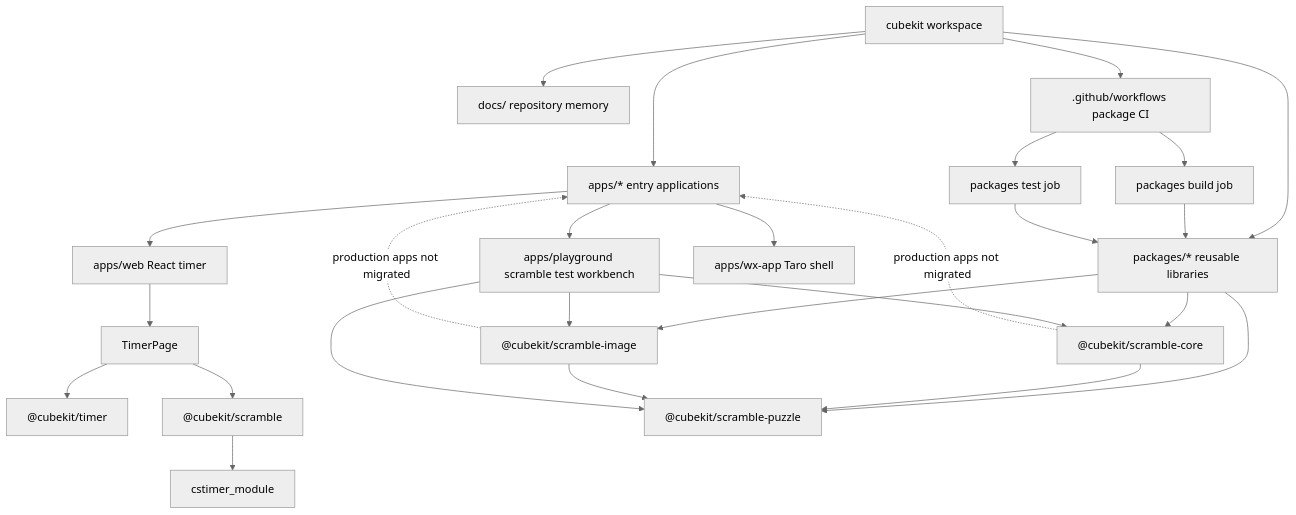
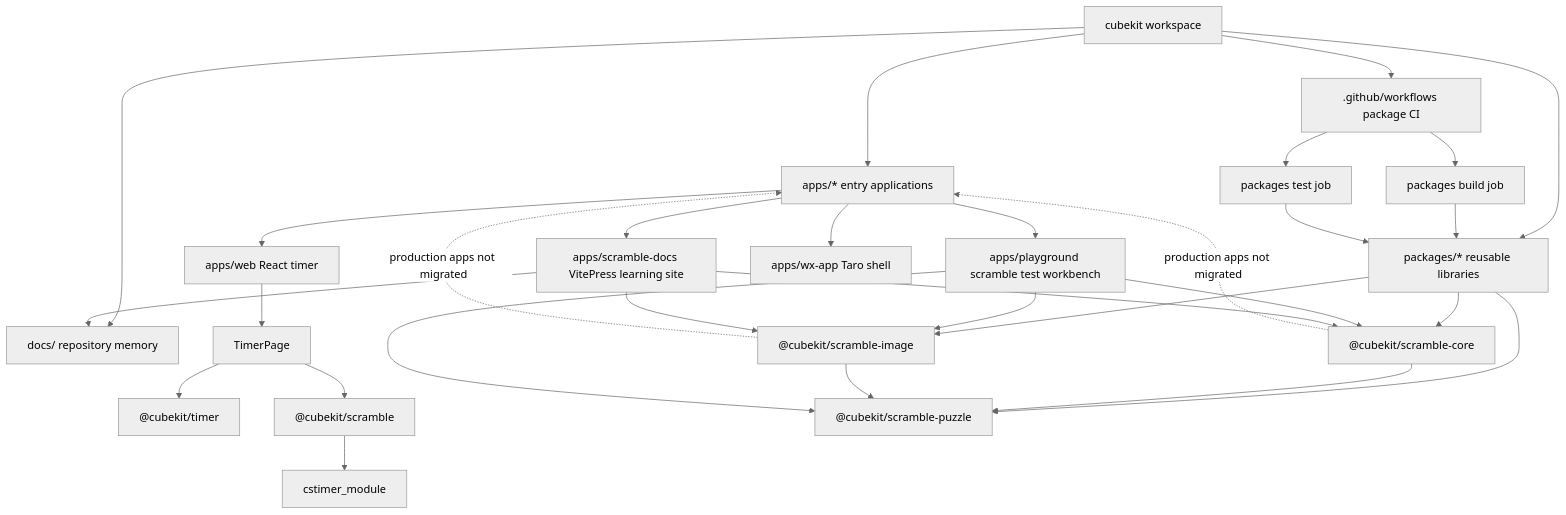
One commit to deweyou/cube-kit changed the diagram in docs/project-structure.md. Above: the diagram before and after it, drawn with Mermaid (neutral theme). The commit also changed other lines of this file and 4 other files, not shown here.

````diff
--- a/docs/project-structure.md
+++ b/docs/project-structure.md
@@ -3,28 +3,32 @@
 ```mermaid
 flowchart TD
     Root["cubekit workspace"] --> Apps["apps/* entry applications"]
     Root --> Packages["packages/* reusable libraries"]
     Root --> Docs["docs/ repository memory"]
     Root --> Ci[".github/workflows package CI"]
     Apps --> Web["apps/web React timer"]
     Apps --> Playground["apps/playground scramble test workbench"]
+    Apps --> ScrambleDocs["apps/scramble-docs VitePress learning site"]
     Apps --> Wx["apps/wx-app Taro shell"]
     Web --> TimerPage["TimerPage"]
     TimerPage --> TimerPkg["@cubekit/timer"]
     TimerPage --> ScramblePkg["@cubekit/scramble"]
     ScramblePkg --> Cstimer["cstimer_module"]
     Packages --> PuzzlePkg["@cubekit/scramble-puzzle"]
     Packages --> CorePkg["@cubekit/scramble-core"]
     Packages --> ImagePkg["@cubekit/scramble-image"]
     CorePkg --> PuzzlePkg
     ImagePkg --> PuzzlePkg
     Playground --> CorePkg
     Playground --> ImagePkg
     Playground --> PuzzlePkg
+    ScrambleDocs --> CorePkg
+    ScrambleDocs --> ImagePkg
+    ScrambleDocs --> Docs
     CorePkg -. "production apps not migrated" .-> Apps
     ImagePkg -. "production apps not migrated" .-> Apps
     Ci --> PackageBuild["packages build job"]
     Ci --> PackageTest["packages test job"]
     PackageBuild --> Packages
     PackageTest --> Packages
 ```
````
